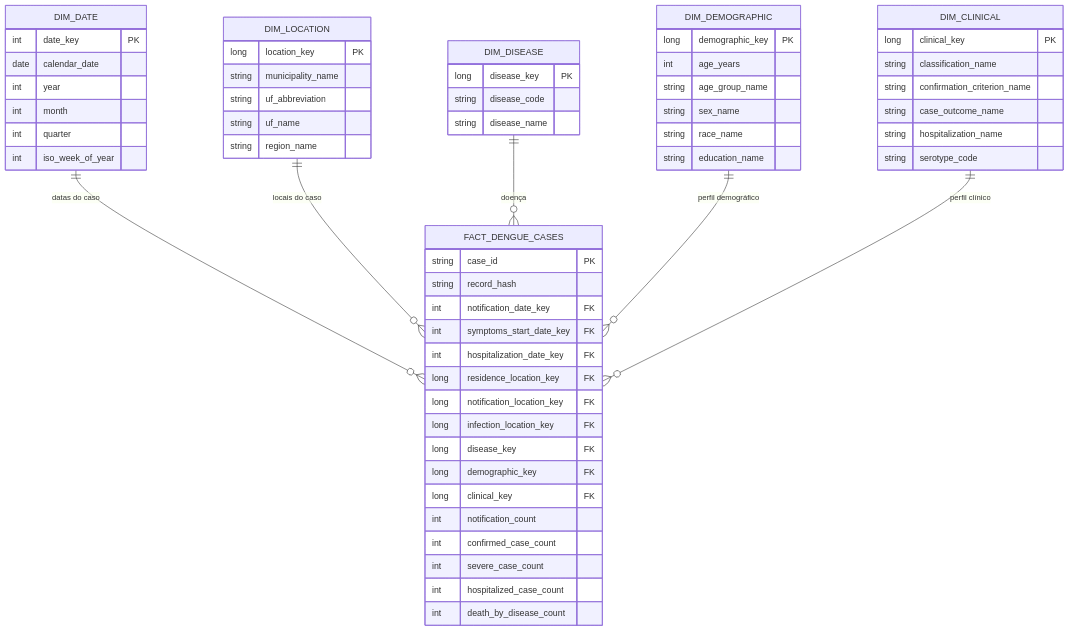
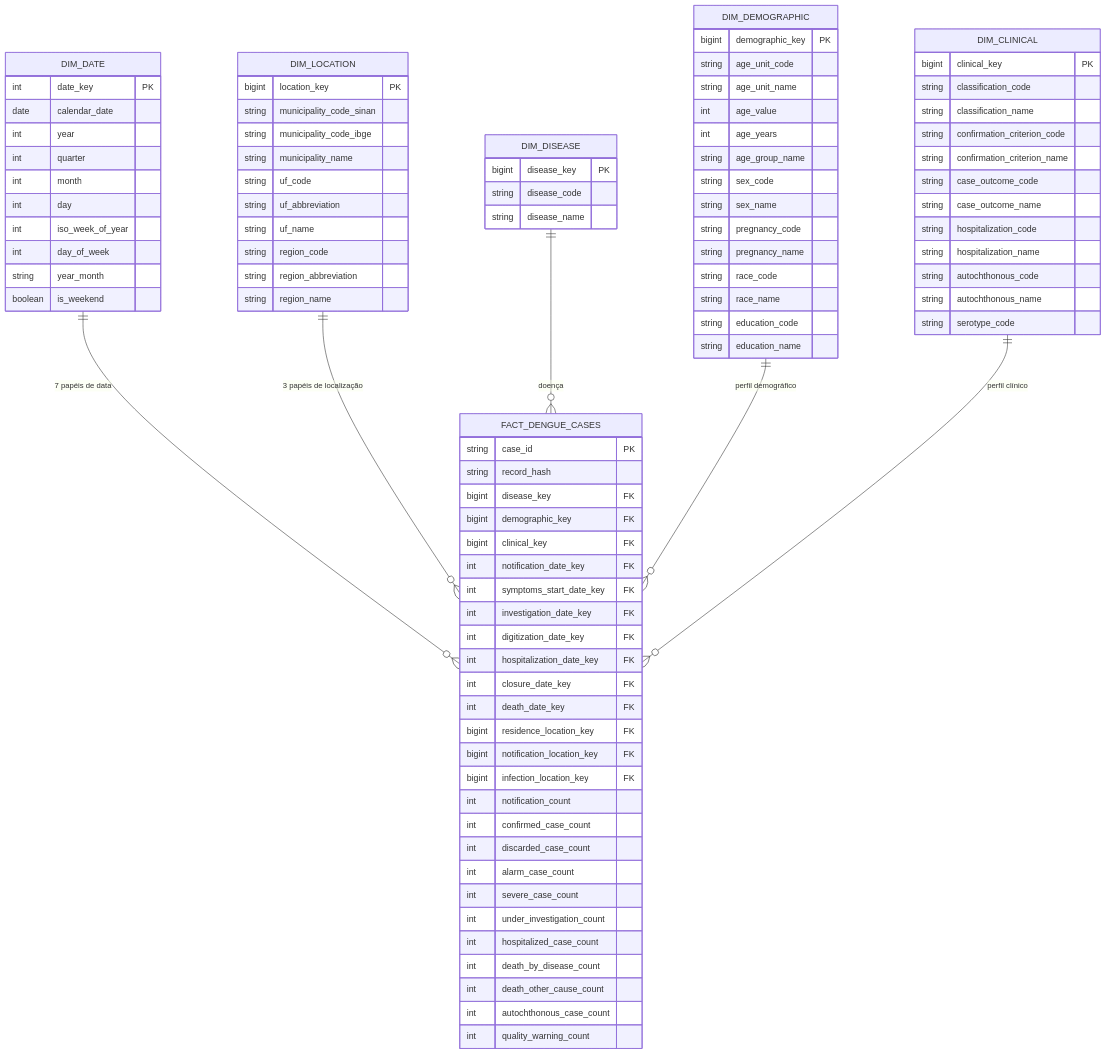
The diagram in docs/batch/README.md (lleonardo-p/data_masters), drawn with Mermaid before and after one commit. The commit also changed other lines of this file and 1 other file, not shown here.

````diff
--- a/docs/batch/README.md
+++ b/docs/batch/README.md
@@ -261,7 +267,7 @@
 ```mermaid
 erDiagram
-    DIM_DATE ||--o{ FACT_DENGUE_CASES : "datas do caso"
-    DIM_LOCATION ||--o{ FACT_DENGUE_CASES : "locais do caso"
+    DIM_DATE ||--o{ FACT_DENGUE_CASES : "7 papéis de data"
+    DIM_LOCATION ||--o{ FACT_DENGUE_CASES : "3 papéis de localização"
     DIM_DISEASE ||--o{ FACT_DENGUE_CASES : "doença"
     DIM_DEMOGRAPHIC ||--o{ FACT_DENGUE_CASES : "perfil demográfico"
     DIM_CLINICAL ||--o{ FACT_DENGUE_CASES : "perfil clínico"
@@ -269,60 +275,93 @@
     FACT_DENGUE_CASES {
         string case_id PK
         string record_hash
+        bigint disease_key FK
+        bigint demographic_key FK
+        bigint clinical_key FK
         int notification_date_key FK
         int symptoms_start_date_key FK
+        int investigation_date_key FK
+        int digitization_date_key FK
         int hospitalization_date_key FK
-        long residence_location_key FK
-        long notification_location_key FK
-        long infection_location_key FK
-        long disease_key FK
-        long demographic_key FK
-        long clinical_key FK
+        int closure_date_key FK
+        int death_date_key FK
+        bigint residence_location_key FK
+        bigint notification_location_key FK
+        bigint infection_location_key FK
         int notification_count
         int confirmed_case_count
+        int discarded_case_count
+        int alarm_case_count
         int severe_case_count
+        int under_investigation_count
         int hospitalized_case_count
         int death_by_disease_count
+        int death_other_cause_count
+        int autochthonous_case_count
+        int quality_warning_count
     }
 
     DIM_DATE {
         int date_key PK
         date calendar_date
         int year
+        int quarter
         int month
-        int quarter
+        int day
         int iso_week_of_year
+        int day_of_week
+        string year_month
+        boolean is_weekend
     }
 
     DIM_LOCATION {
-        long location_key PK
+        bigint location_key PK
+        string municipality_code_sinan
+        string municipality_code_ibge
         string municipality_name
+        string uf_code
         string uf_abbreviation
         string uf_name
+        string region_code
+        string region_abbreviation
         string region_name
     }
 
     DIM_DISEASE {
-        long disease_key PK
+        bigint disease_key PK
         string disease_code
         string disease_name
     }
 
     DIM_DEMOGRAPHIC {
-        long demographic_key PK
+        bigint demographic_key PK
+        string age_unit_code
+        string age_unit_name
+        int age_value
         int age_years
         string age_group_name
+        string sex_code
         string sex_name
+        string pregnancy_code
+        string pregnancy_name
+        string race_code
         string race_name
+        string education_code
         string education_name
     }
 
     DIM_CLINICAL {
-        long clinical_key PK
+        bigint clinical_key PK
+        string classification_code
         string classification_name
+        string confirmation_criterion_code
         string confirmation_criterion_name
+        string case_outcome_code
         string case_outcome_name
+        string hospitalization_code
         string hospitalization_name
+        string autochthonous_code
+        string autochthonous_name
         string serotype_code
     }
 ```
````
